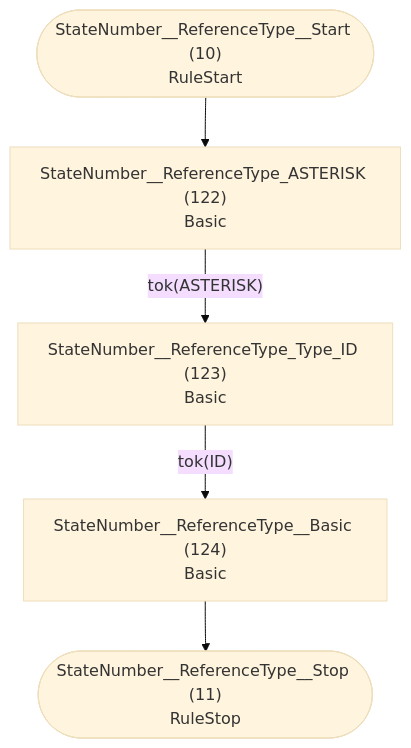
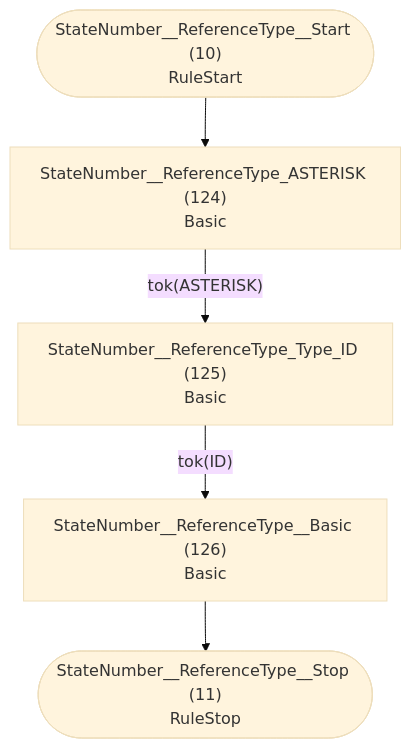
The sixth of 33 diagrams in internal/grammar/atn.md (TypeFox/fastbelt), drawn with Mermaid (base theme) before and after one commit. The commit also changed other lines of this file and 6 other files, not shown here.

````diff
--- a/internal/grammar/atn.md
+++ b/internal/grammar/atn.md
@@ -184,13 +184,13 @@
 ```mermaid
 flowchart TD
     q10(["StateNumber__ReferenceType__Start (10)<br/>RuleStart"])
     q11(["StateNumber__ReferenceType__Stop (11)<br/>RuleStop"])
-    q122["StateNumber__ReferenceType_ASTERISK (122)<br/>Basic<br/>"]
-    q123["StateNumber__ReferenceType_Type_ID (123)<br/>Basic<br/>"]
-    q124["StateNumber__ReferenceType__Basic (124)<br/>Basic<br/>"]
+    q124["StateNumber__ReferenceType_ASTERISK (124)<br/>Basic<br/>"]
+    q125["StateNumber__ReferenceType_Type_ID (125)<br/>Basic<br/>"]
+    q126["StateNumber__ReferenceType__Basic (126)<br/>Basic<br/>"]
 
-    q10 --> q122
-    q122 -->|"tok(ASTERISK)"| q123
-    q123 -->|"tok(ID)"| q124
-    q124 --> q11
+    q10 --> q124
+    q124 -->|"tok(ASTERISK)"| q125
+    q125 -->|"tok(ID)"| q126
+    q126 --> q11
 ```
````
